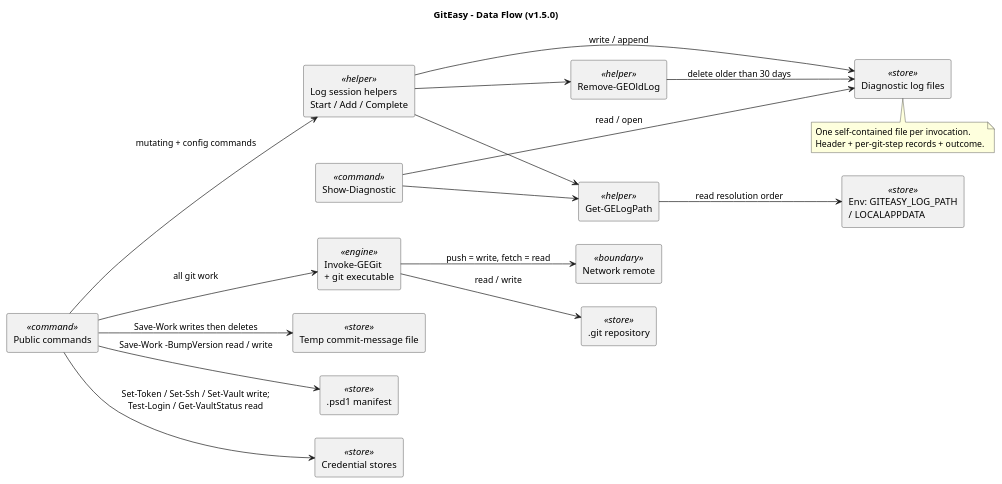
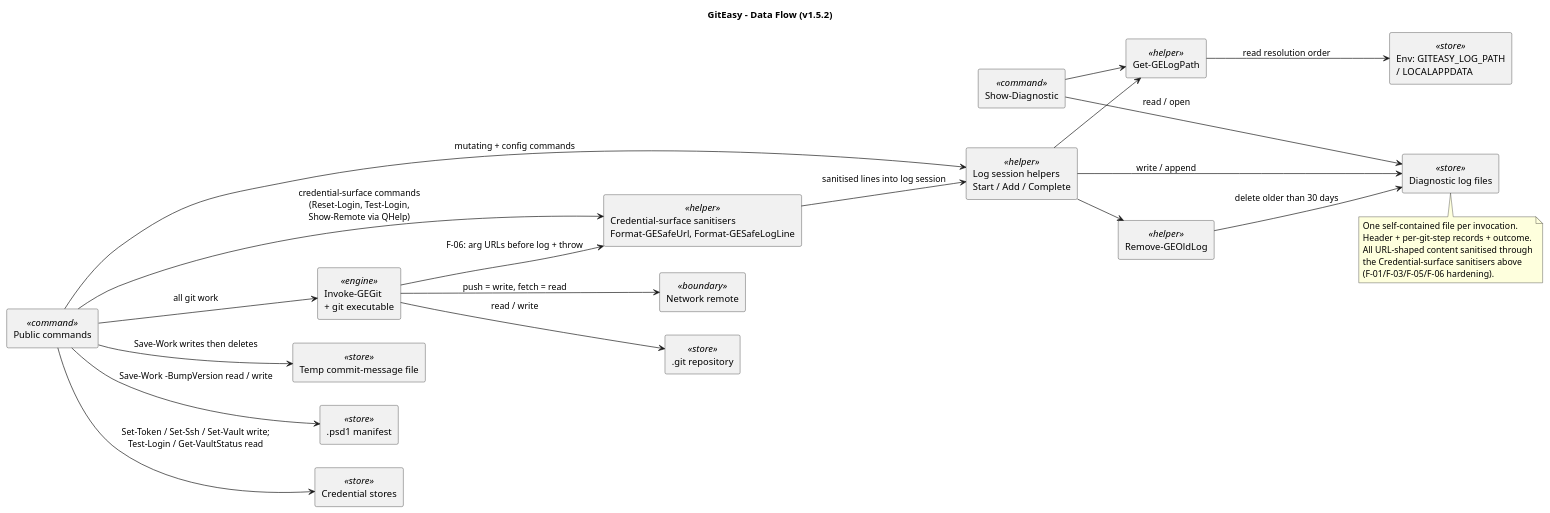
The diagram in docs/UML/03-data-flow.puml (greenmtnsun/GitEasy), drawn with PlantUML before and after one commit. The commit also changed 29 other files, not shown here.

Commit message:
GitEasy 1.5.2: sibling-sweep security hardening (F-04/F-05/F-06 credential-surface fixes) + correctness/jargon polish; 522 Pester 3 tests on PS 5.1 + PS 7

```diff
--- a/docs/UML/03-data-flow.puml
+++ b/docs/UML/03-data-flow.puml
@@ -1,41 +1,48 @@
 @startuml GitEasyDataFlow
-title GitEasy - Data Flow (v1.5.0)
+title GitEasy - Data Flow (v1.5.2)
 skinparam componentStyle rectangle
 skinparam shadowing false
 left to right direction
 
 component "Public commands" <<command>> as Cmd
 component "Invoke-GEGit\n+ git executable" <<engine>> as Engine
 component "Log session helpers\nStart / Add / Complete" <<helper>> as LogH
+component "Credential-surface sanitisers\nFormat-GESafeUrl, Format-GESafeLogLine" <<helper>> as Sanitise
 component "Get-GELogPath" <<helper>> as LogPath
 component "Remove-GEOldLog" <<helper>> as Prune
 component "Show-Diagnostic" <<command>> as Diag
 
 component ".git repository" <<store>> as Repo
 component "Network remote" <<boundary>> as Remote
 component "Diagnostic log files" <<store>> as Logs
 component "Env: GITEASY_LOG_PATH\n/ LOCALAPPDATA" <<store>> as Env
 component "Temp commit-message file" <<store>> as Tmp
 component ".psd1 manifest" <<store>> as Psd
 component "Credential stores" <<store>> as Creds
 
 Cmd --> Engine : all git work
 Engine --> Repo : read / write
 Engine --> Remote : push = write, fetch = read
 Cmd --> LogH : mutating + config commands
+Cmd --> Sanitise : credential-surface commands\n(Reset-Login, Test-Login,\nShow-Remote via QHelp)
+Engine --> Sanitise : F-06: arg URLs before log + throw
+Sanitise --> LogH : sanitised lines into log session
 LogH --> Logs : write / append
 LogH --> LogPath
 LogPath --> Env : read resolution order
 LogH --> Prune
 Prune --> Logs : delete older than 30 days
 Diag --> LogPath
 Diag --> Logs : read / open
 Cmd --> Tmp : Save-Work writes then deletes
 Cmd --> Psd : Save-Work -BumpVersion read / write
 Cmd --> Creds : Set-Token / Set-Ssh / Set-Vault write;\nTest-Login / Get-VaultStatus read
 
 note bottom of Logs
   One self-contained file per invocation.
   Header + per-git-step records + outcome.
+  All URL-shaped content sanitised through
+  the Credential-surface sanitisers above
+  (F-01/F-03/F-05/F-06 hardening).
 end note
 @enduml
```
